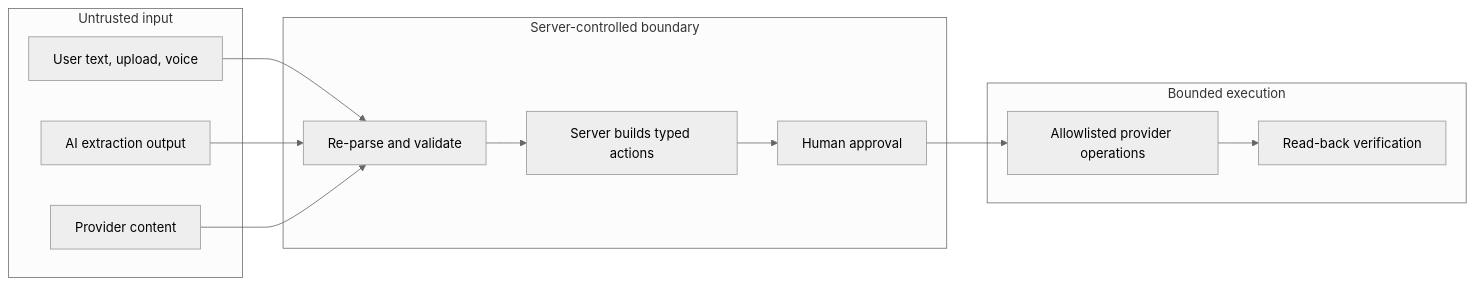
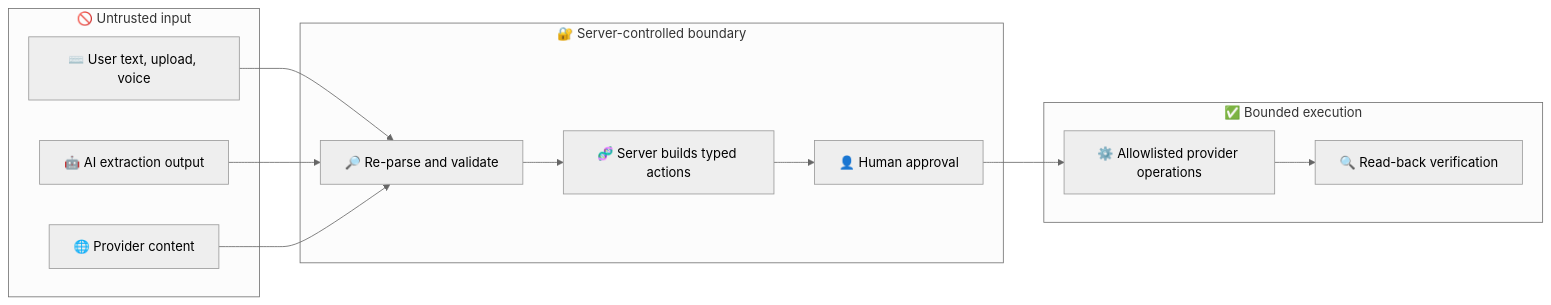
The fourth of 4 diagrams in README.md (9059Rohith/LIFE-OS), drawn with Mermaid (neutral theme) before and after one commit. The commit also changed other lines of this file, not shown here.

````diff
--- a/README.md
+++ b/README.md
@@ -376,21 +408,21 @@
 ```mermaid
 flowchart LR
-    subgraph UNTRUSTED[Untrusted input]
-        A[User text, upload, voice]
-        B[AI extraction output]
-        C[Provider content]
+    subgraph UNTRUSTED[🚫 Untrusted input]
+        A[⌨️ User text, upload, voice]
+        B[🤖 AI extraction output]
+        C[🌐 Provider content]
     end
-    subgraph SERVER[Server-controlled boundary]
-        V[Re-parse and validate]
-        P[Server builds typed actions]
-        H[Human approval]
+    subgraph SERVER[🔐 Server-controlled boundary]
+        V[🔎 Re-parse and validate]
+        P[🧬 Server builds typed actions]
+        H[👤 Human approval]
     end
-    subgraph TRUSTED[Bounded execution]
-        E[Allowlisted provider operations]
-        R[Read-back verification]
+    subgraph TRUSTED[✅ Bounded execution]
+        E[⚙️ Allowlisted provider operations]
+        R[🔍 Read-back verification]
     end
     A --> V
     B --> V
     C --> V
     V --> P --> H --> E --> R
 ```
````
